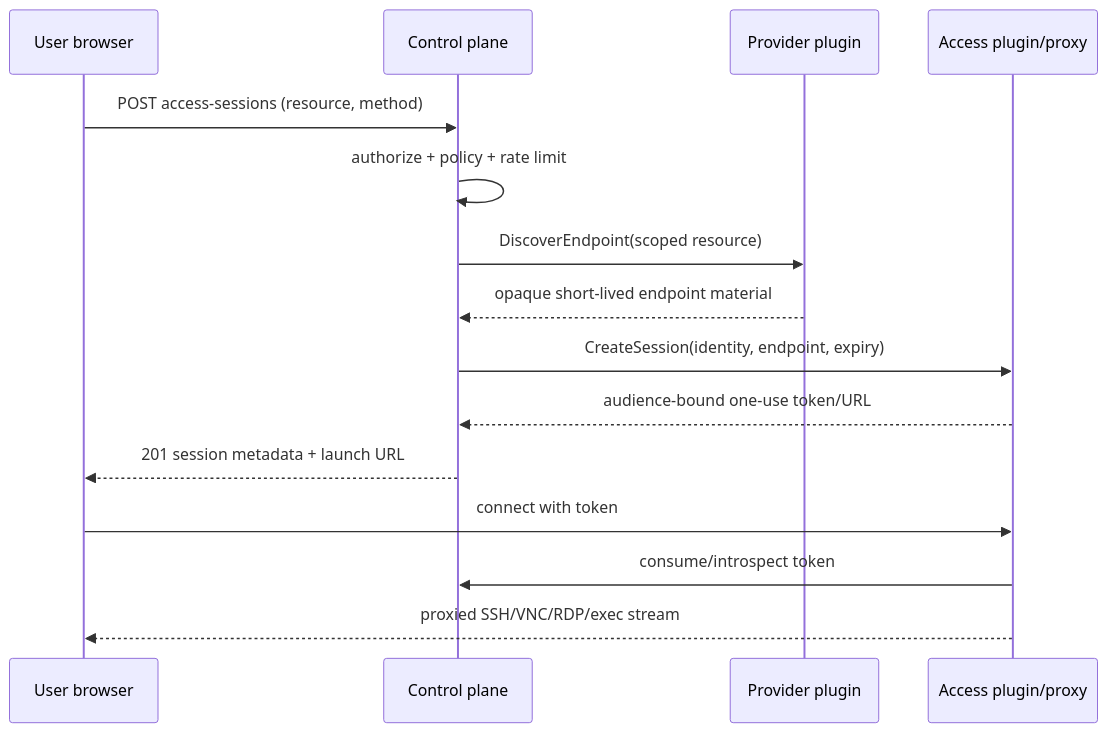
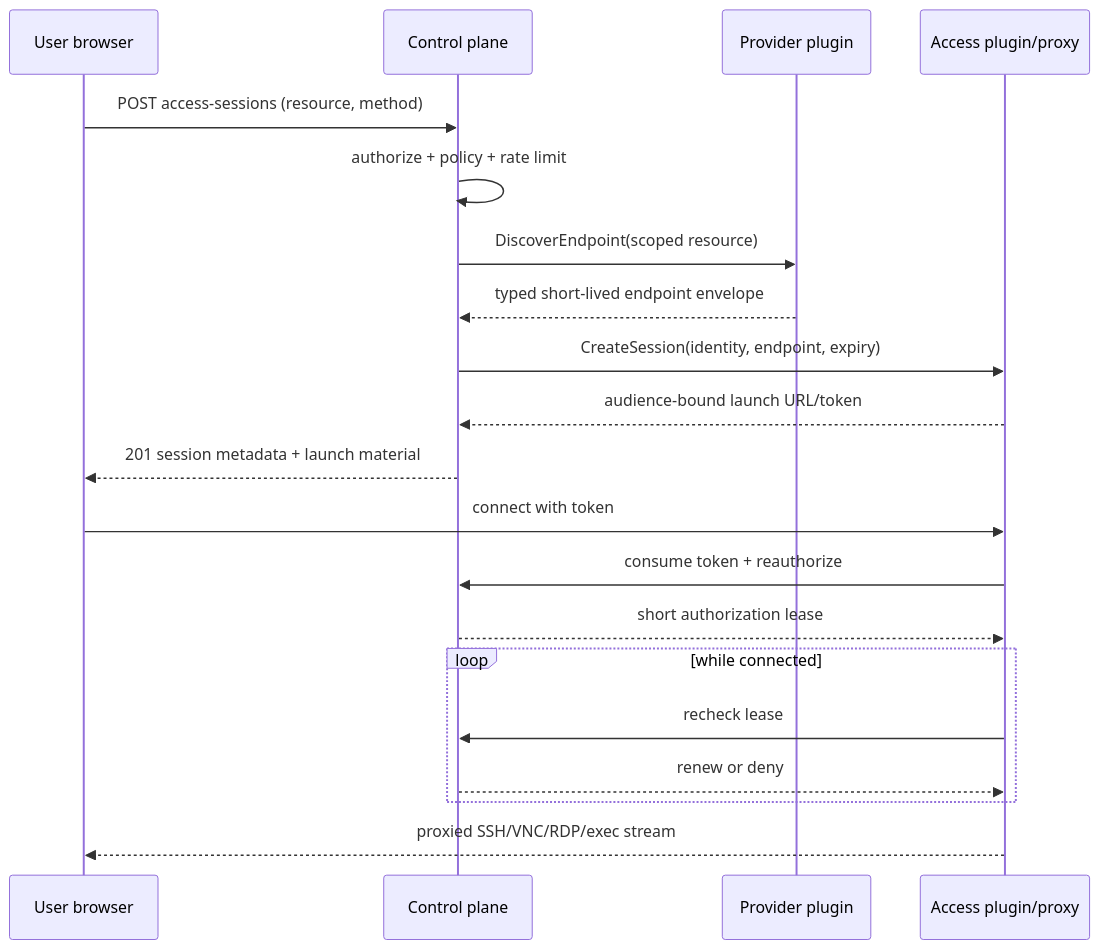
The diagram in docs/design/access-sessions.md (OutboundSpade/LabCentral), drawn with Mermaid before and after one commit. The commit also changed other lines of this file and 31 other files, not shown here.

````diff
--- a/docs/design/access-sessions.md
+++ b/docs/design/access-sessions.md
@@ -7,17 +7,22 @@
 ```mermaid
 sequenceDiagram
   participant U as User browser
   participant C as Control plane
   participant P as Provider plugin
   participant A as Access plugin/proxy
   U->>C: POST access-sessions (resource, method)
   C->>C: authorize + policy + rate limit
   C->>P: DiscoverEndpoint(scoped resource)
-  P-->>C: opaque short-lived endpoint material
+  P-->>C: typed short-lived endpoint envelope
   C->>A: CreateSession(identity, endpoint, expiry)
-  A-->>C: audience-bound one-use token/URL
-  C-->>U: 201 session metadata + launch URL
+  A-->>C: audience-bound launch URL/token
+  C-->>U: 201 session metadata + launch material
   U->>A: connect with token
-  A->>C: consume/introspect token
+  A->>C: consume token + reauthorize
+  C-->>A: short authorization lease
+  loop while connected
+    A->>C: recheck lease
+    C-->>A: renew or deny
+  end
   A-->>U: proxied SSH/VNC/RDP/exec stream
 ```
````
